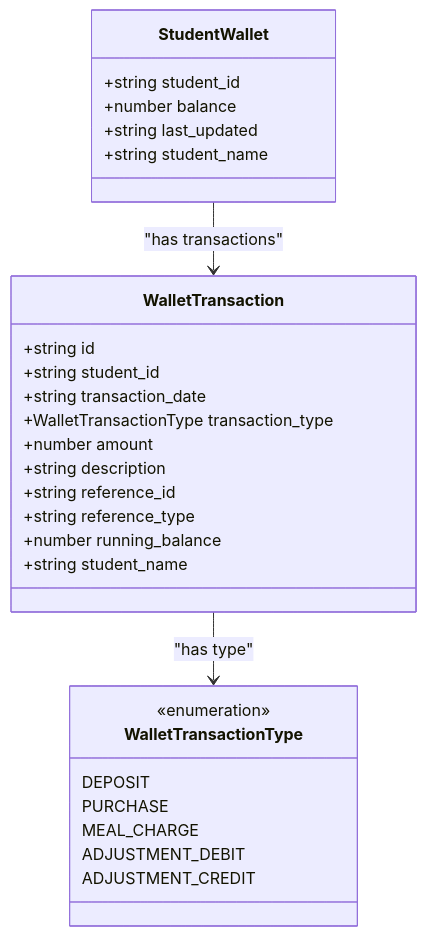
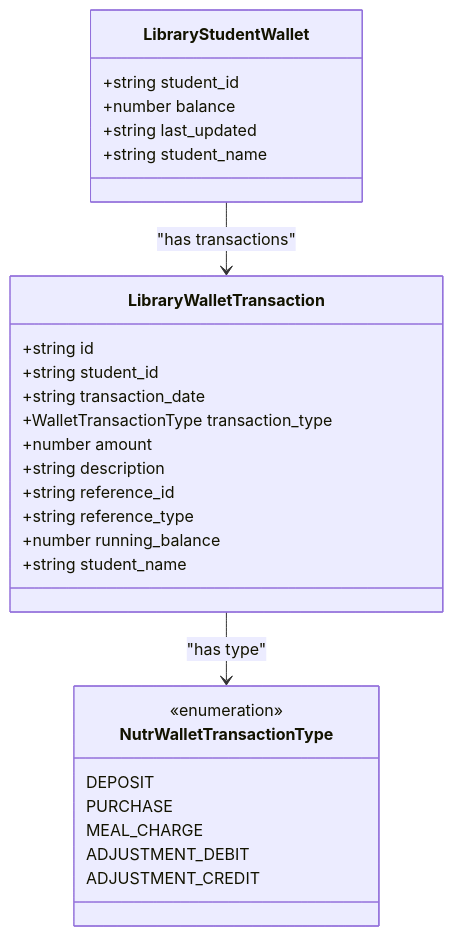
Before and after one commit to geniusdynamics/schoolpilot: the ninth of 13 diagrams in .qoder/repowiki/en/content/Modules System/Nutrition Module.md, drawn with Mermaid. The commit also changed other lines of this file and 54 other files, not shown here.

````diff
--- a/.qoder/repowiki/en/content/Modules System/Nutrition Module.md
+++ b/.qoder/repowiki/en/content/Modules System/Nutrition Module.md
@@ -470,31 +1429,31 @@
 ```mermaid
 classDiagram
-class StudentWallet {
+class LibraryStudentWallet {
 +string student_id
 +number balance
 +string last_updated
 +string student_name
 }
-class WalletTransaction {
+class LibraryWalletTransaction {
 +string id
 +string student_id
 +string transaction_date
 +WalletTransactionType transaction_type
 +number amount
 +string description
 +string reference_id
 +string reference_type
 +number running_balance
 +string student_name
 }
-class WalletTransactionType {
+class NutrWalletTransactionType {
 <<enumeration>>
 DEPOSIT
 PURCHASE
 MEAL_CHARGE
 ADJUSTMENT_DEBIT
 ADJUSTMENT_CREDIT
 }
-StudentWallet --> WalletTransaction : "has transactions"
-WalletTransaction --> WalletTransactionType : "has type"
+LibraryStudentWallet --> LibraryWalletTransaction : "has transactions"
+LibraryWalletTransaction --> NutrWalletTransactionType : "has type"
 ```
````
